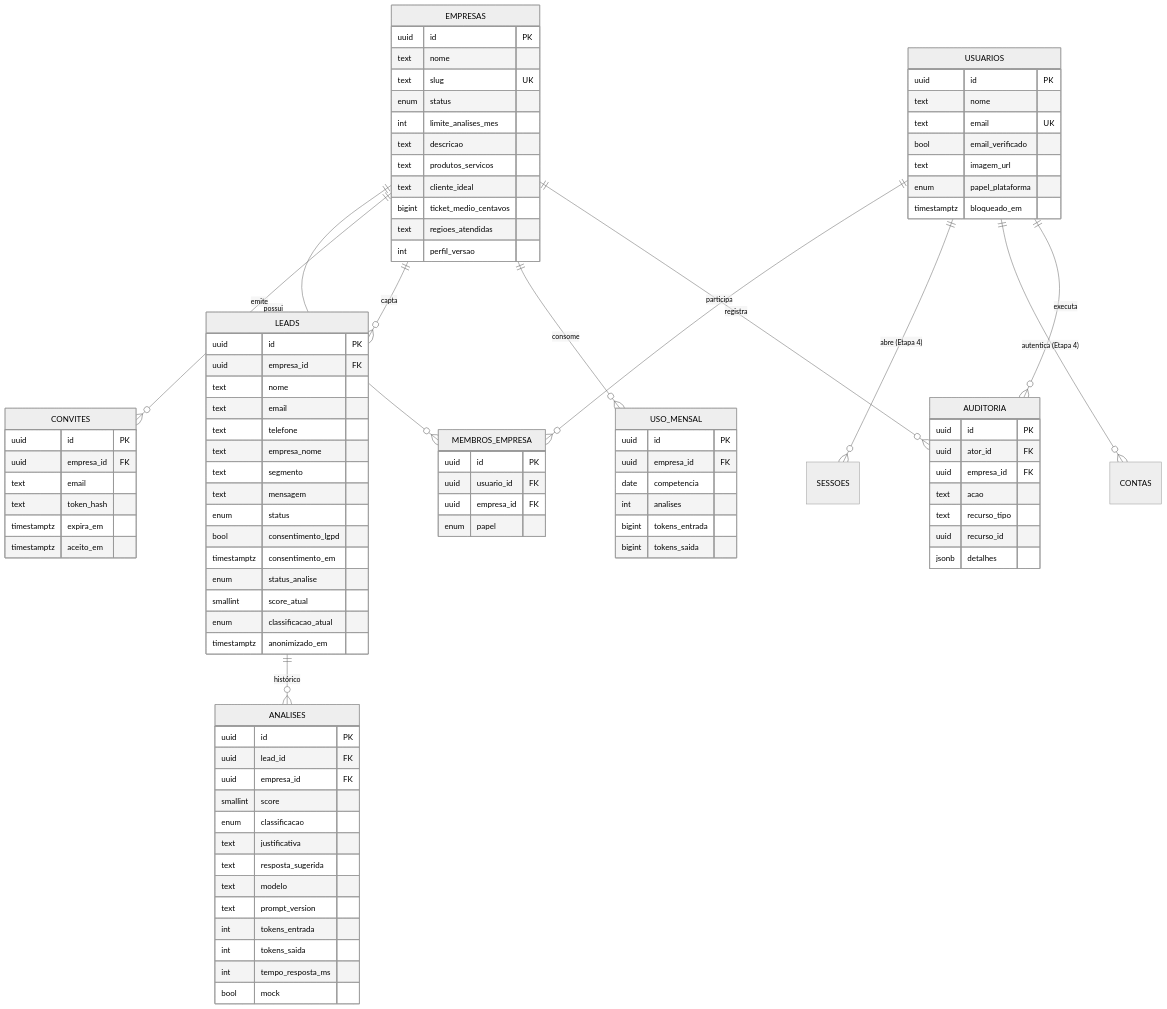
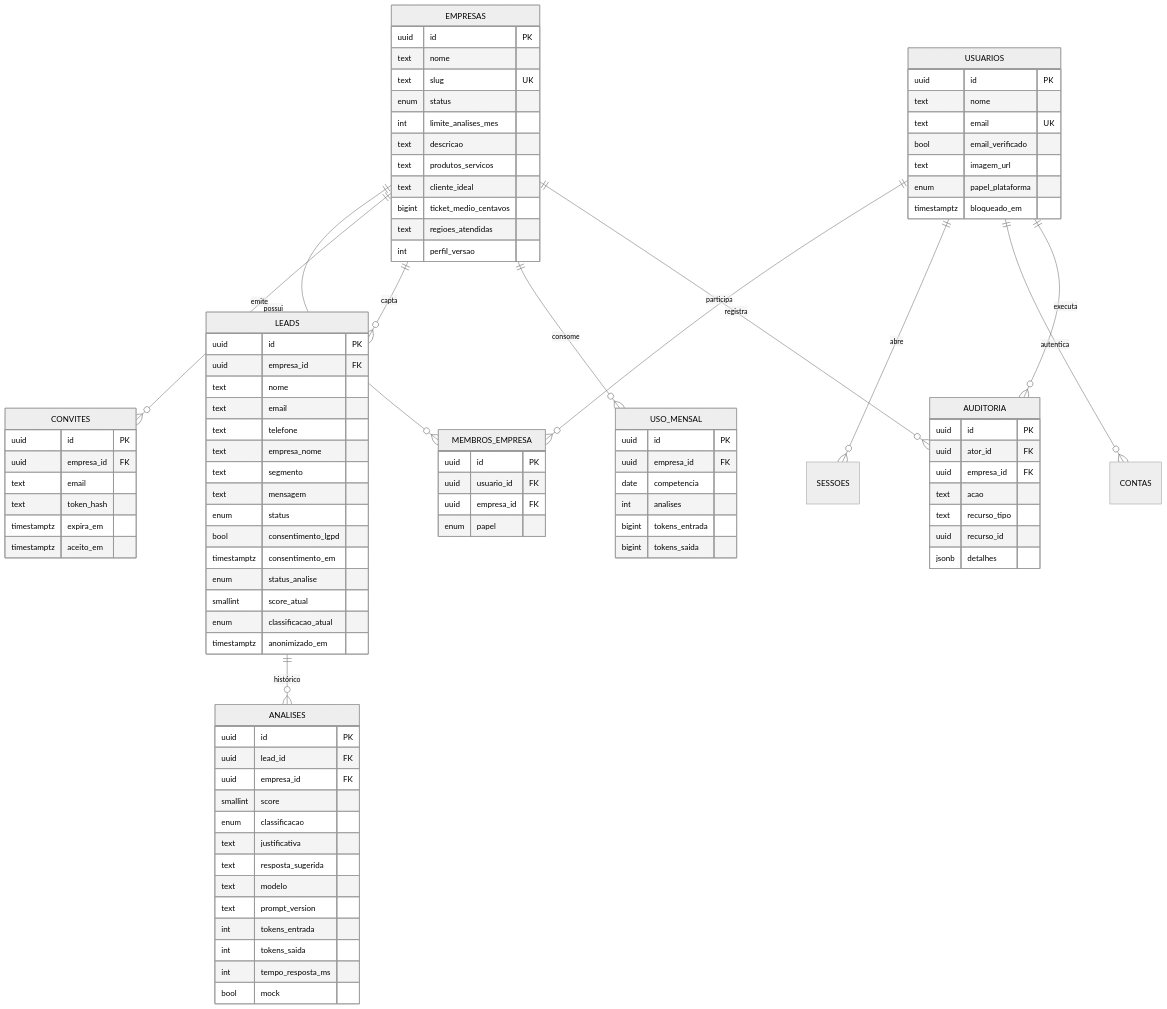
The first of 3 diagrams in docs/arquitetura.md (FernandoRCoelho5/leadscore-ia), drawn with Mermaid (neutral theme) before and after one commit. The commit also changed other lines of this file and 1 other file, not shown here.

Commit message:
docs: registra D-023 (autenticação, sessão e RBAC na prática)
Inclui riscos aceitos (enumeração de e-mail no cadastro; IP nas
sessões com retenção curta) e atualiza o modelo de dados.

```diff
--- a/docs/arquitetura.md
+++ b/docs/arquitetura.md
@@ -96,8 +96,8 @@
   EMPRESAS ||--o{ LEADS : capta
   LEADS ||--o{ ANALISES : "histórico"
   EMPRESAS ||--o{ USO_MENSAL : consome
-  USUARIOS ||--o{ SESSOES : "abre (Etapa 4)"
-  USUARIOS ||--o{ CONTAS : "autentica (Etapa 4)"
+  USUARIOS ||--o{ SESSOES : abre
+  USUARIOS ||--o{ CONTAS : autentica
   USUARIOS ||--o{ AUDITORIA : executa
   EMPRESAS ||--o{ AUDITORIA : registra
 
```
